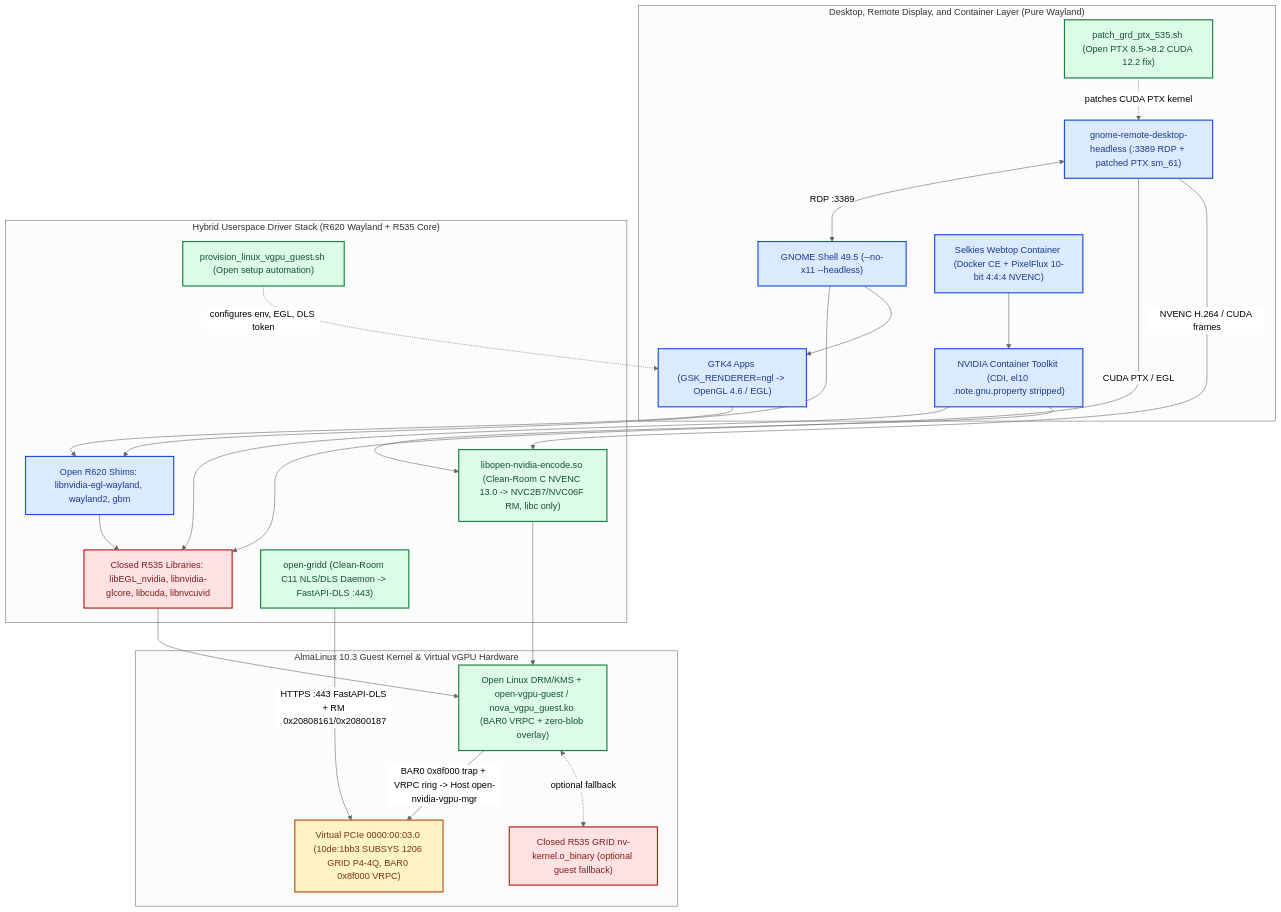
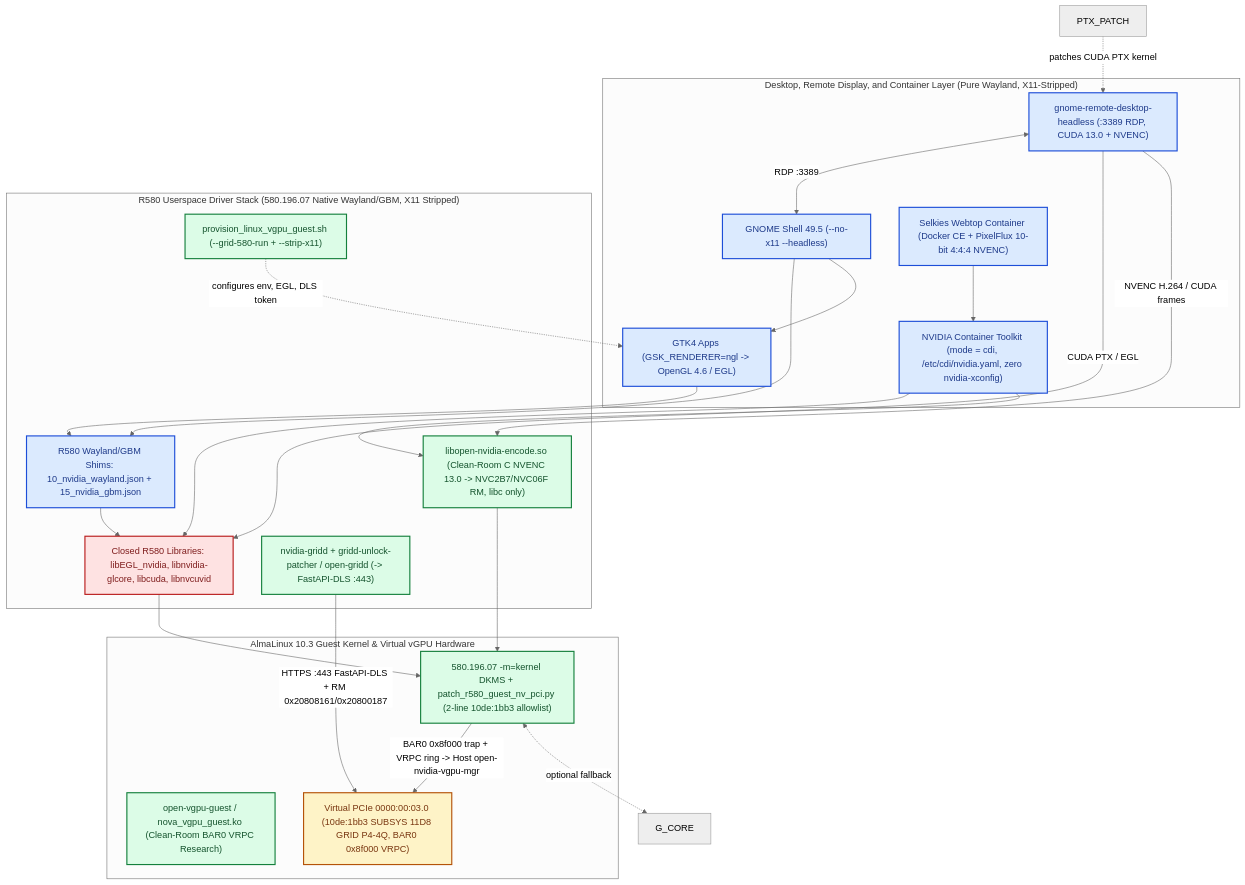
Before and after one commit to SanjayRavindran/open-vgpu-tesla-p4: the second of 5 diagrams in docs/09-OPEN-VS-CLOSED-ARCHITECTURE-DIAGRAMS.md, drawn with Mermaid (neutral theme). The commit also changed other lines of this file and 63 other files, not shown here.

Commit message:
feat(r580): streamline R580 host/guest installers, pure Wayland X11 strip, docs, and skills

````diff
--- a/docs/09-OPEN-VS-CLOSED-ARCHITECTURE-DIAGRAMS.md
+++ b/docs/09-OPEN-VS-CLOSED-ARCHITECTURE-DIAGRAMS.md
@@ -91,48 +91,47 @@
 ```mermaid
 flowchart TB
     classDef ours fill:#dcfce7,stroke:#15803d,stroke-width:2px,color:#14532d
     classDef oss fill:#dbeafe,stroke:#1d4ed8,stroke-width:2px,color:#1e3a8a
     classDef closed fill:#fee2e2,stroke:#b91c1c,stroke-width:2px,color:#7f1d1d
     classDef vhw fill:#fef3c7,stroke:#b45309,stroke-width:2px,color:#78350f
 
-    subgraph AL_APP["Desktop, Remote Display, and Container Layer (Pure Wayland)"]
+    subgraph AL_APP["Desktop, Remote Display, and Container Layer (Pure Wayland, X11-Stripped)"]
         GNOME["GNOME Shell 49.5 (--no-x11 --headless)"]:::oss
         GTK4["GTK4 Apps (GSK_RENDERER=ngl -> OpenGL 4.6 / EGL)"]:::oss
-        GRD["gnome-remote-desktop-headless (:3389 RDP + patched PTX sm_61)"]:::oss
-        PTX_PATCH["patch_grd_ptx_535.sh (Open PTX 8.5->8.2 CUDA 12.2 fix)"]:::ours
+        GRD["gnome-remote-desktop-headless (:3389 RDP, CUDA 13.0 + NVENC)"]:::oss
         SELKIES["Selkies Webtop Container (Docker CE + PixelFlux 10-bit 4:4:4 NVENC)"]:::oss
-        CDI["NVIDIA Container Toolkit (CDI, el10 .note.gnu.property stripped)"]:::oss
+        CDI["NVIDIA Container Toolkit (mode = cdi, /etc/cdi/nvidia.yaml, zero nvidia-xconfig)"]:::oss
     end
 
-    subgraph AL_USR["Hybrid Userspace Driver Stack (R620 Wayland + R535 Core)"]
-        EGL_WL["Open R620 Shims: libnvidia-egl-wayland, wayland2, gbm"]:::oss
+    subgraph AL_USR["R580 Userspace Driver Stack (580.196.07 Native Wayland/GBM, X11 Stripped)"]
+        EGL_WL["R580 Wayland/GBM Shims: 10_nvidia_wayland.json + 15_nvidia_gbm.json"]:::oss
         NVENC["libopen-nvidia-encode.so (Clean-Room C NVENC 13.0 -> NVC2B7/NVC06F RM, libc only)"]:::ours
-        NV_GL["Closed R535 Libraries: libEGL_nvidia, libnvidia-glcore, libcuda, libnvcuvid"]:::closed
-        GRIDD["open-gridd (Clean-Room C11 NLS/DLS Daemon -> FastAPI-DLS :443)"]:::ours
-        AL_PROV["provision_linux_vgpu_guest.sh (Open setup automation)"]:::ours
+        NV_GL["Closed R580 Libraries: libEGL_nvidia, libnvidia-glcore, libcuda, libnvcuvid"]:::closed
+        GRIDD["nvidia-gridd + gridd-unlock-patcher / open-gridd (-> FastAPI-DLS :443)"]:::ours
+        AL_PROV["provision_linux_vgpu_guest.sh (--grid-580-run + --strip-x11)"]:::ours
     end
 
     subgraph AL_KRN["AlmaLinux 10.3 Guest Kernel & Virtual vGPU Hardware"]
-        DRM["Open Linux DRM/KMS + open-vgpu-guest / nova_vgpu_guest.ko (BAR0 VRPC + zero-blob overlay)"]:::ours
-        G_CORE["Closed R535 GRID nv-kernel.o_binary (optional guest fallback)"]:::closed
-        VDEV["Virtual PCIe 0000:00:03.0 (10de:1bb3 SUBSYS 1206 GRID P4-4Q, BAR0 0x8f000 VRPC)"]:::vhw
+        DRM["580.196.07 -m=kernel DKMS + patch_r580_guest_nv_pci.py (2-line 10de:1bb3 allowlist)"]:::ours
+        OPEN_G["open-vgpu-guest / nova_vgpu_guest.ko (Clean-Room BAR0 VRPC Research)"]:::ours
+        VDEV["Virtual PCIe 0000:00:03.0 (10de:1bb3 SUBSYS 11D8 GRID P4-4Q, BAR0 0x8f000 VRPC)"]:::vhw
     end
 
     PTX_PATCH -. "patches CUDA PTX kernel" .-> GRD
     AL_PROV -. "configures env, EGL, DLS token" .-> GTK4
     GNOME --> GTK4
     GNOME --> EGL_WL
     GRD -- "NVENC H.264 / CUDA frames" --> NVENC
     GRD -- "CUDA PTX / EGL" --> NV_GL
     GRD <-- "RDP :3389" --> GNOME
     SELKIES --> CDI
     CDI --> NVENC
     CDI --> NV_GL
     GTK4 --> EGL_WL
     EGL_WL --> NV_GL
     NVENC --> DRM
     NV_GL --> DRM
     GRIDD -- "HTTPS :443 FastAPI-DLS + RM 0x20808161/0x20800187" --> VDEV
     DRM <-. "optional fallback" .-> G_CORE
     DRM -- "BAR0 0x8f000 trap + VRPC ring -> Host open-nvidia-vgpu-mgr" --> VDEV
 ```
````
